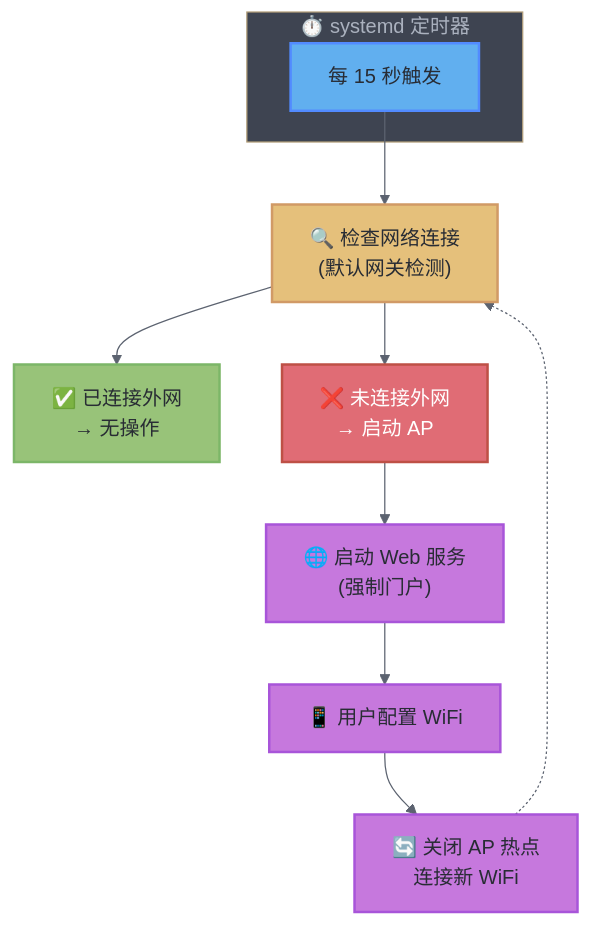
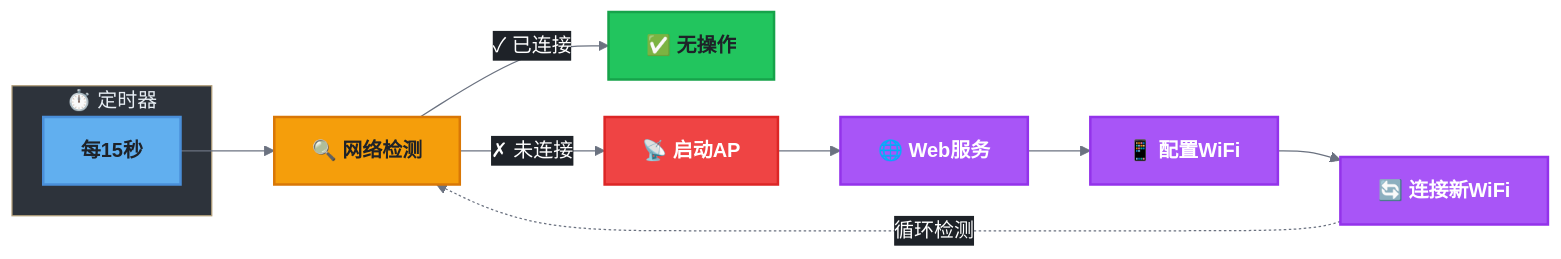
Before and after one commit to CairoLee/RPi-WiFi-Fallback: the diagram in diagrams/wifi-fallback-workflow.mmd, drawn with Mermaid. The commit also changed other lines of this file and 2 other files, not shown here.

Commit message:
feat: 更新 WiFi 回退机制流程图和生成脚本
- 修改流程图源文件 wifi-fallback-workflow.mmd，调整颜色和布局以提升可读性
- 更新生成脚本 generate-diagrams.sh，设置深色背景以匹配新流程图样式
- 替换旧的流程图图片文件以反映最新的设计

```diff
--- a/diagrams/wifi-fallback-workflow.mmd
+++ b/diagrams/wifi-fallback-workflow.mmd
@@ -1,54 +1,51 @@
 %%{init: {
   'theme': 'base',
   'themeVariables': {
     'primaryColor': '#4a90d9',
     'primaryTextColor': '#ffffff',
     'primaryBorderColor': '#3a7bc8',
-    'lineColor': '#5c6370',
+    'lineColor': '#6b7280',
     'secondaryColor': '#98c379',
     'tertiaryColor': '#e5c07b',
-    'background': '#282c34',
-    'mainBkg': '#282c34',
+    'background': '#1e2228',
+    'mainBkg': '#1e2228',
     'nodeBorder': '#528bff',
-    'clusterBkg': '#3e4451',
-    'titleColor': '#abb2bf',
-    'edgeLabelBackground': '#282c34'
+    'clusterBkg': '#2d333b',
+    'titleColor': '#e6edf3',
+    'edgeLabelBackground': '#1e2228'
+  },
+  'flowchart': {
+    'nodeSpacing': 30,
+    'rankSpacing': 50,
+    'curve': 'basis'
   }
 }}%%
 
-flowchart TB
-    subgraph timer["⏱️ systemd 定时器"]
-        T[每 15 秒触发]
+flowchart LR
+    subgraph timer["⏱️ 定时器"]
+        T["每15秒"]
     end
 
-    T --> CHECK
+    T --> CHECK["🔍 网络检测"]
 
-    CHECK["🔍 检查网络连接<br/>(默认网关检测)"]
+    CHECK --> |"✓ 已连接"| OK["✅ 无操作"]
+    CHECK --> |"✗ 未连接"| AP["📡 启动AP"]
 
-    CHECK --> CONNECTED
-    CHECK --> DISCONNECTED
+    AP --> WEB["🌐 Web服务"]
+    WEB --> CONFIG["📱 配置WiFi"]
+    CONFIG --> RESTORE["🔄 连接新WiFi"]
 
-    CONNECTED["✅ 已连接外网<br/>→ 无操作"]
-
-    DISCONNECTED["❌ 未连接外网<br/>→ 启动 AP"]
-
-    DISCONNECTED --> WEB["🌐 启动 Web 服务<br/>(强制门户)"]
-
-    WEB --> CONFIG["📱 用户配置 WiFi"]
-
-    CONFIG --> RESTORE["🔄 关闭 AP 热点<br/>连接新 WiFi"]
-
-    RESTORE -.-> CHECK
+    RESTORE -.-> |"循环检测"| CHECK
 
     %% 样式定义
-    classDef timerStyle fill:#61afef,stroke:#528bff,stroke-width:2px,color:#282c34
-    classDef checkStyle fill:#e5c07b,stroke:#d19a66,stroke-width:2px,color:#282c34
-    classDef successStyle fill:#98c379,stroke:#7cb668,stroke-width:2px,color:#282c34
-    classDef failStyle fill:#e06c75,stroke:#be5046,stroke-width:2px,color:#ffffff
-    classDef actionStyle fill:#c678dd,stroke:#a855d9,stroke-width:2px,color:#282c34
+    classDef timerStyle fill:#61afef,stroke:#4a8fd9,stroke-width:2px,color:#1e2228,font-weight:bold
+    classDef checkStyle fill:#f59e0b,stroke:#d97706,stroke-width:2px,color:#1e2228,font-weight:bold
+    classDef successStyle fill:#22c55e,stroke:#16a34a,stroke-width:2px,color:#1e2228,font-weight:bold
+    classDef failStyle fill:#ef4444,stroke:#dc2626,stroke-width:2px,color:#ffffff,font-weight:bold
+    classDef actionStyle fill:#a855f7,stroke:#9333ea,stroke-width:2px,color:#ffffff,font-weight:bold
 
     class T timerStyle
     class CHECK checkStyle
-    class CONNECTED successStyle
-    class DISCONNECTED failStyle
+    class OK successStyle
+    class AP failStyle
     class WEB,CONFIG,RESTORE actionStyle
```
